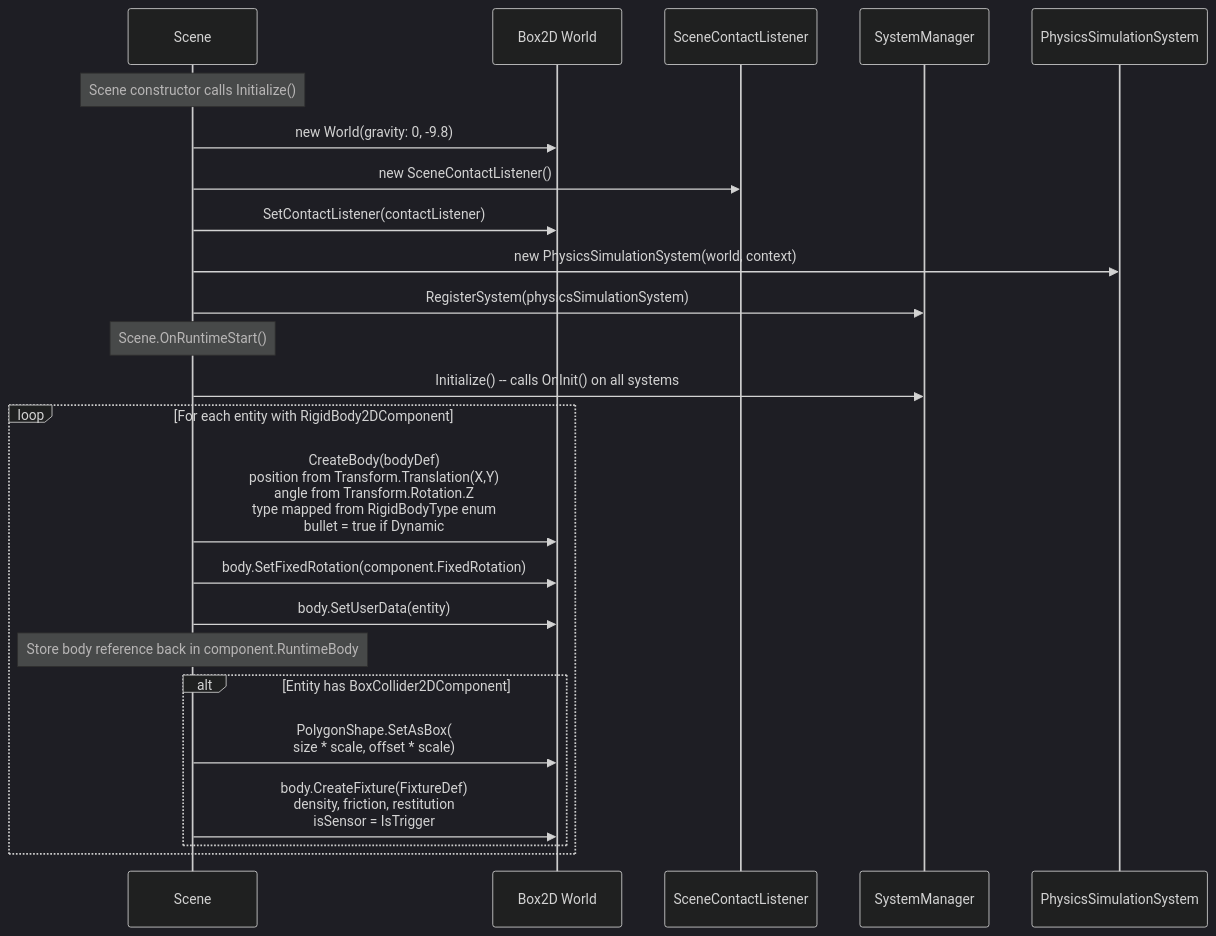
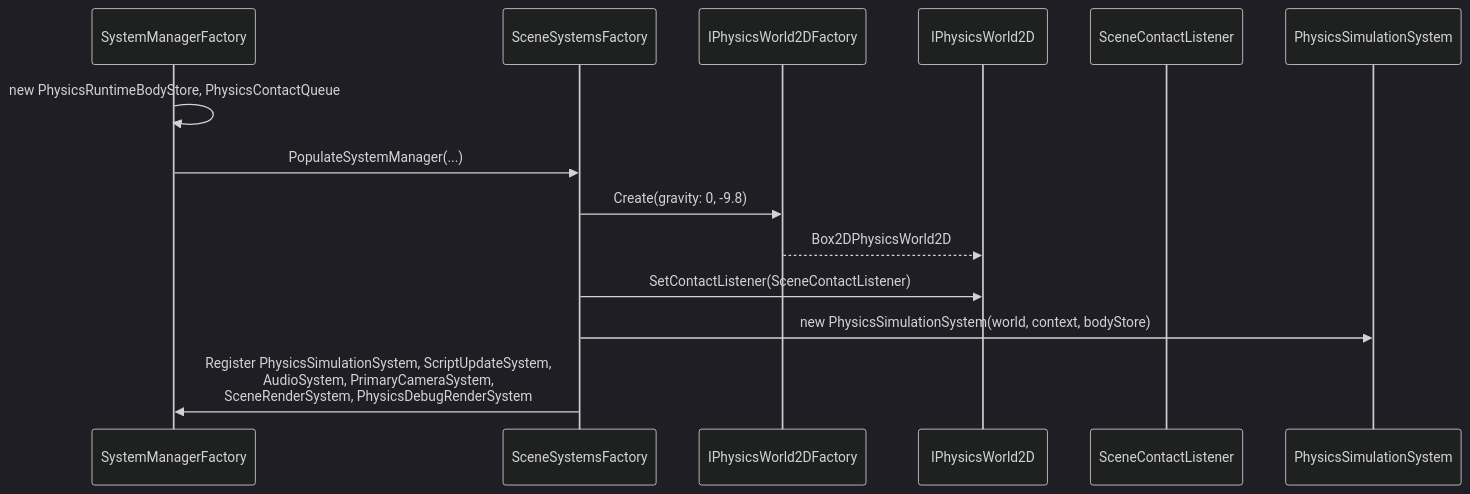
The second of 4 diagrams in docs/architecture/physics-system.md (kateusz/GameEngine), drawn with Mermaid (dark theme) before and after one commit. The commit also changed other lines of this file and 25 other files, not shown here.

````diff
--- a/docs/architecture/physics-system.md
+++ b/docs/architecture/physics-system.md
@@ -67,30 +109,17 @@
 ```mermaid
 sequenceDiagram
-    participant S as Scene
-    participant W as Box2D World
+    participant SMF as SystemManagerFactory
+    participant SSF as SceneSystemsFactory
+    participant F as IPhysicsWorld2DFactory
+    participant W as IPhysicsWorld2D
     participant CL as SceneContactListener
-    participant SM as SystemManager
     participant PSS as PhysicsSimulationSystem
 
-    Note over S: Scene constructor calls Initialize()
-    S->>W: new World(gravity: 0, -9.8)
-    S->>CL: new SceneContactListener()
-    S->>W: SetContactListener(contactListener)
-    S->>PSS: new PhysicsSimulationSystem(world, context)
-    S->>SM: RegisterSystem(physicsSimulationSystem)
-
-    Note over S: Scene.OnRuntimeStart()
-    S->>SM: Initialize() -- calls OnInit() on all systems
-
-    loop For each entity with RigidBody2DComponent
-        S->>W: CreateBody(bodyDef)<br/>position from Transform.Translation(X,Y)<br/>angle from Transform.Rotation.Z<br/>type mapped from RigidBodyType enum<br/>bullet = true if Dynamic
-        S->>W: body.SetFixedRotation(component.FixedRotation)
-        S->>W: body.SetUserData(entity)
-        Note over S: Store body reference back in component.RuntimeBody
-
-        alt Entity has BoxCollider2DComponent
-            S->>W: PolygonShape.SetAsBox(<br/>size * scale, offset * scale)
-            S->>W: body.CreateFixture(FixtureDef)<br/>density, friction, restitution<br/>isSensor = IsTrigger
-        end
-    end
+    SMF->>SMF: new PhysicsRuntimeBodyStore, PhysicsContactQueue
+    SMF->>SSF: PopulateSystemManager(...)
+    SSF->>F: Create(gravity: 0, -9.8)
+    F-->>W: Box2DPhysicsWorld2D
+    SSF->>W: SetContactListener(SceneContactListener)
+    SSF->>PSS: new PhysicsSimulationSystem(world, context, bodyStore)
+    SSF->>SMF: Register PhysicsSimulationSystem, ScriptUpdateSystem,<br/>AudioSystem, PrimaryCameraSystem,<br/>SceneRenderSystem, PhysicsDebugRenderSystem
 ```
````
